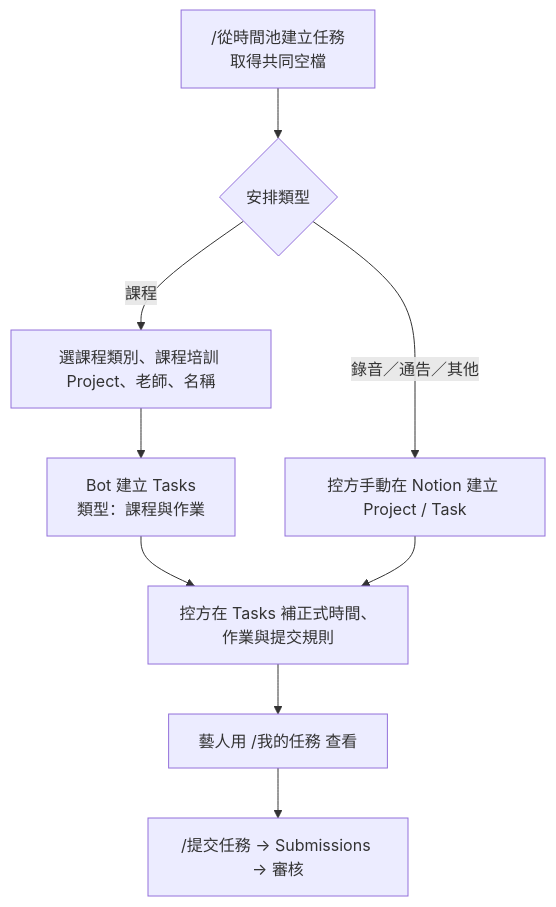
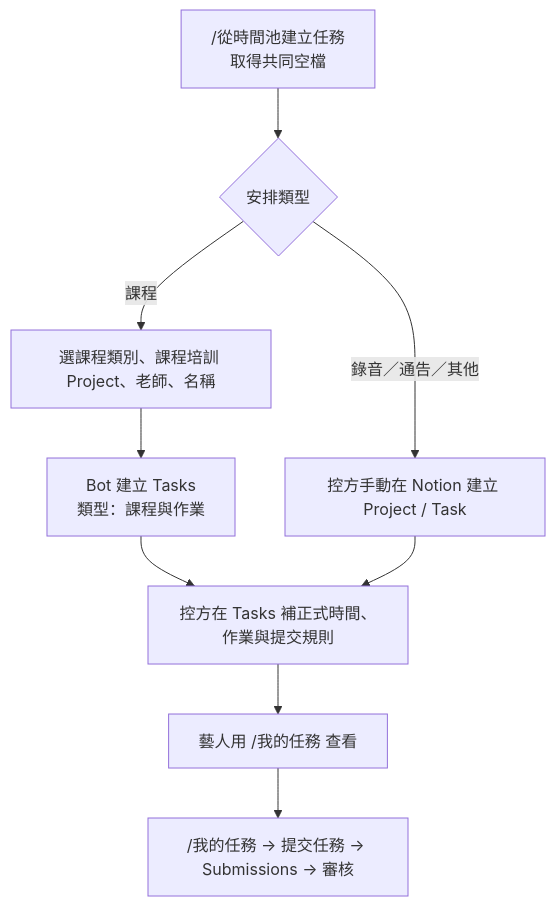
The second of 3 diagrams in FLOWCHART.md (johnnysun0621/kari-kari-ai-ops), drawn with Mermaid before and after one commit. The commit also changed other lines of this file and 23 other files, not shown here.

````diff
--- a/FLOWCHART.md
+++ b/FLOWCHART.md
@@ -48,11 +48,11 @@
 ```mermaid
 flowchart TD
     A["/從時間池建立任務\n取得共同空檔"] --> B{"安排類型"}
     B -->|課程| C["選課程類別、課程培訓 Project、老師、名稱"]
     C --> D["Bot 建立 Tasks\n類型：課程與作業"]
     B -->|錄音／通告／其他| E["控方手動在 Notion 建立 Project / Task"]
     D --> F["控方在 Tasks 補正式時間、作業與提交規則"]
     E --> F
     F --> G["藝人用 /我的任務 查看"]
-    G --> H["/提交任務 → Submissions → 審核"]
+    G --> H["/我的任務 → 提交任務 → Submissions → 審核"]
 ```
````
